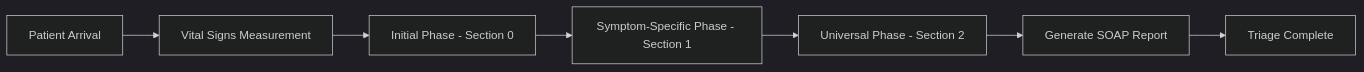
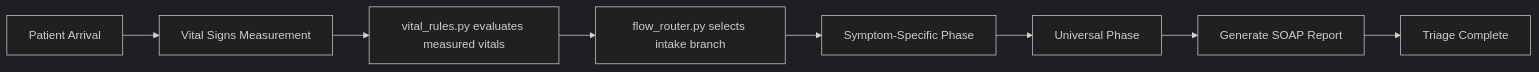
The diagram in Case_question/Case_Question_design.md (JasonLn0711/ai-triage-kiosk-v0), drawn with Mermaid (dark theme) before and after one commit. The commit also changed other lines of this file and 14 other files, not shown here.

````diff
--- a/Case_question/Case_Question_design.md
+++ b/Case_question/Case_Question_design.md
@@ -5,9 +5,10 @@
 ```mermaid
 graph LR
     A[Patient Arrival] --> B[Vital Signs Measurement]
-    B --> C[Initial Phase - Section 0]
-    C --> D[Symptom-Specific Phase - Section 1]
-    D --> E[Universal Phase - Section 2]
-    E --> G[Generate SOAP Report]
+    B --> C[vital_rules.py evaluates measured vitals]
+    C --> D[flow_router.py selects intake branch]
+    D --> E[Symptom-Specific Phase]
+    E --> F[Universal Phase]
+    F --> G[Generate SOAP Report]
     G --> H[Triage Complete]
 ```
````
